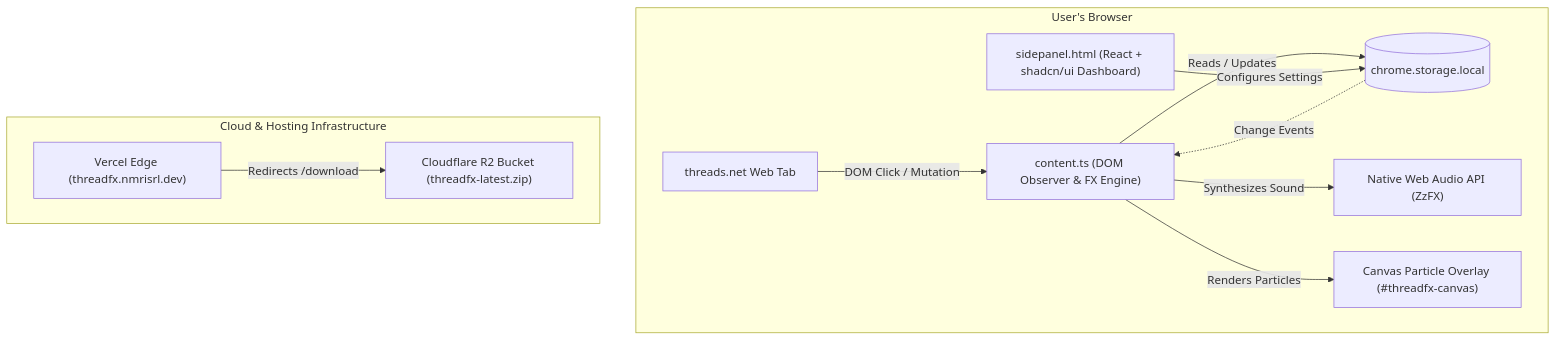
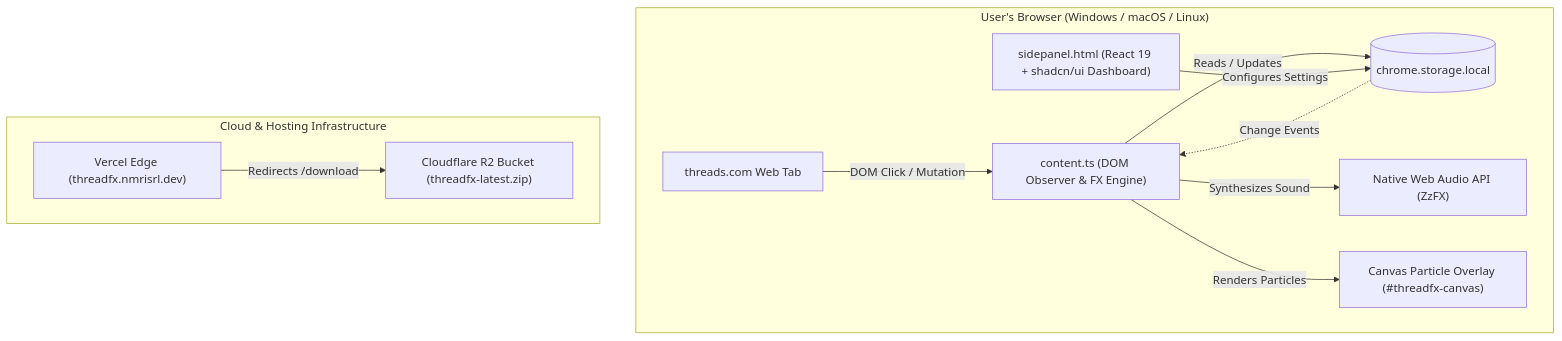
One commit to nmrisrl11/threadfx changed the first of 2 diagrams in ARCHITECTURE.md. Above: the diagram before and after it, drawn with Mermaid. The commit also changed other lines of this file and 9 other files, not shown here.

Commit message:
feat: update domain to threads.com, add cross-OS documentation, and refresh all READMEs

````diff
--- a/ARCHITECTURE.md
+++ b/ARCHITECTURE.md
@@ -11,25 +11,25 @@
 ```mermaid
 graph TD
-    subgraph Browser["User's Browser"]
-        ThreadsTab["threads.net Web Tab"]
+    subgraph Browser["User's Browser (Windows / macOS / Linux)"]
+        ThreadsTab["threads.com Web Tab"]
         ContentScript["content.ts (DOM Observer & FX Engine)"]
-        SidePanel["sidepanel.html (React + shadcn/ui Dashboard)"]
+        SidePanel["sidepanel.html (React 19 + shadcn/ui Dashboard)"]
         ChromeStorage[("chrome.storage.local")]
         AudioCtx["Native Web Audio API (ZzFX)"]
         CanvasOverlay["Canvas Particle Overlay (#threadfx-canvas)"]
 
         ThreadsTab -->|DOM Click / Mutation| ContentScript
         ContentScript -->|Reads / Updates| ChromeStorage
         SidePanel -->|Configures Settings| ChromeStorage
         ChromeStorage -.->|Change Events| ContentScript
         ContentScript -->|Synthesizes Sound| AudioCtx
         ContentScript -->|Renders Particles| CanvasOverlay
     end
 
     subgraph Infrastructure["Cloud & Hosting Infrastructure"]
         Vercel["Vercel Edge (threadfx.nmrisrl.dev)"]
         R2["Cloudflare R2 Bucket (threadfx-latest.zip)"]
         
         Vercel -->|Redirects /download| R2
     end
 ```
````
